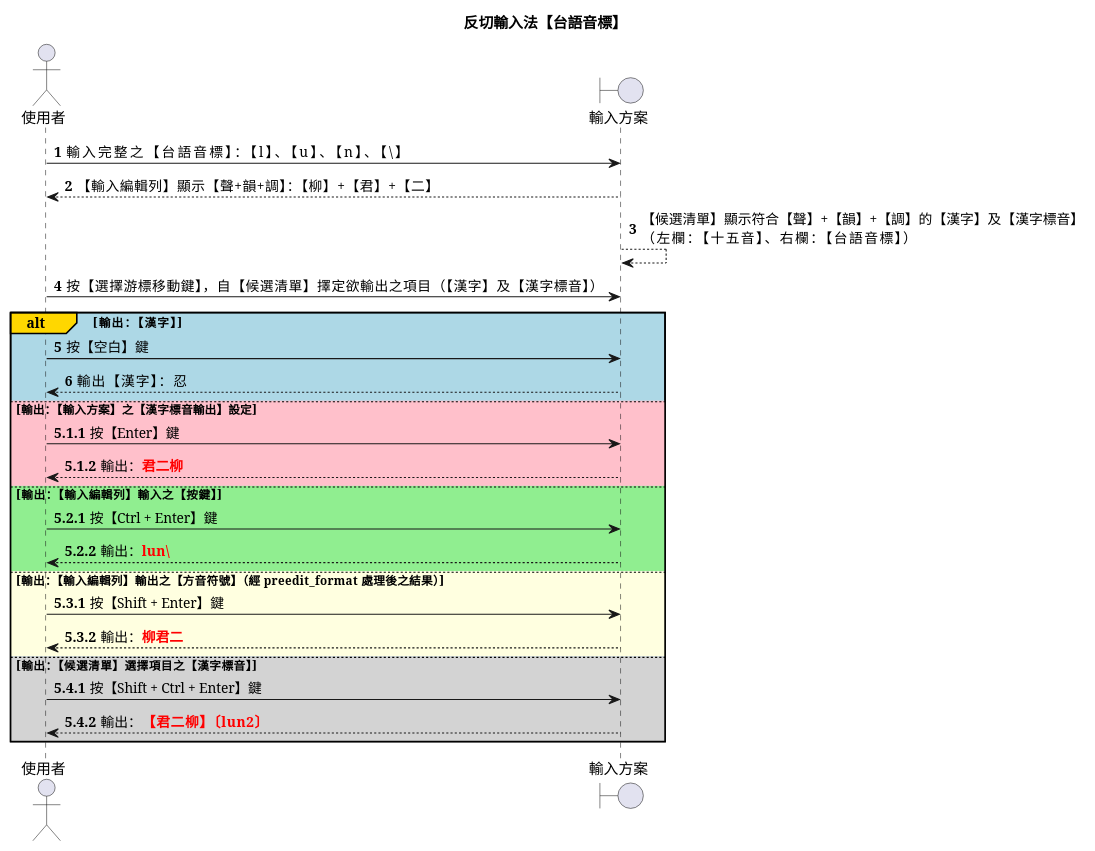
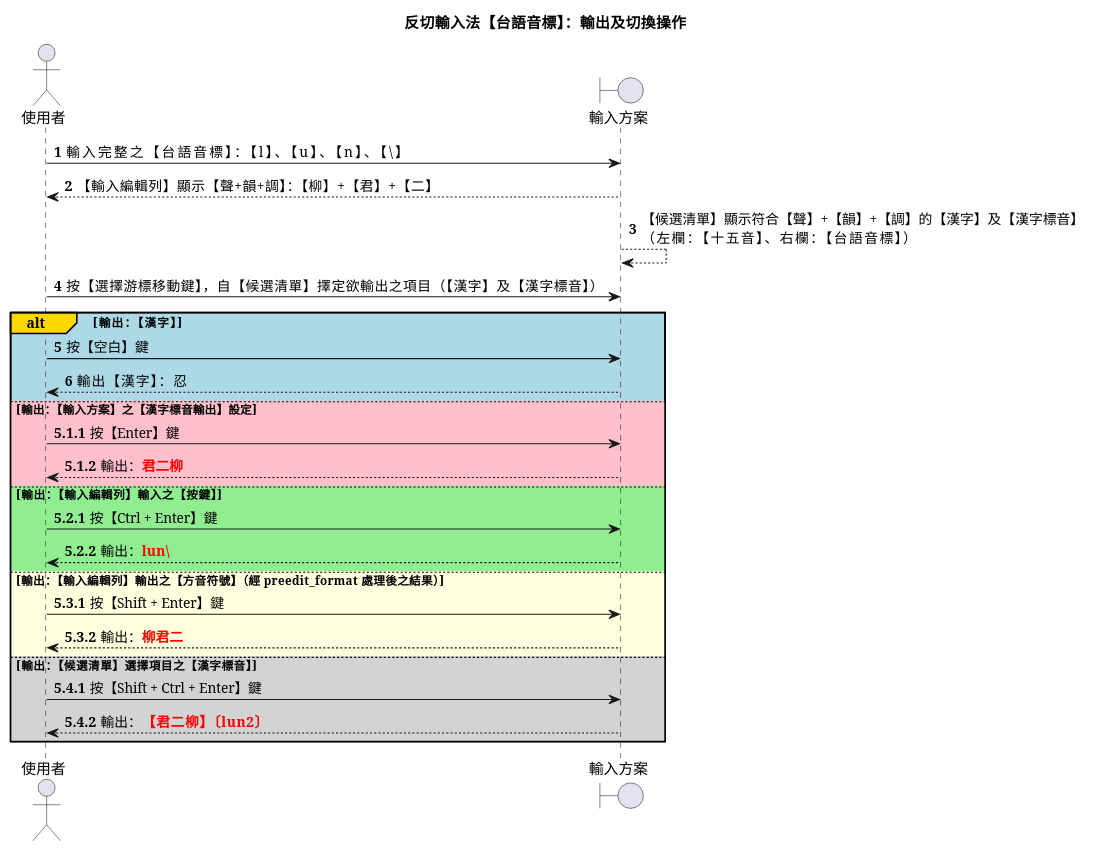
One commit to AlanJui/rime-tlpa changed diagram 11 of 13 in docs/310_反切輸入法【台語音標】設計規格.md. Above: the diagram before and after it, drawn with PlantUML. The commit also changed other lines of this file, not shown here.

Commit message:
310.md v0.1.6.5

````diff
--- a/docs/310_反切輸入法【台語音標】設計規格.md
+++ b/docs/310_反切輸入法【台語音標】設計規格.md
@@ -541,40 +541,40 @@
 ```plantuml
 @startuml
-title 反切輸入法【台語音標】
+title 反切輸入法【台語音標】：輸出及切換操作
 actor 使用者 as user
 boundary 輸入方案 as ime
 autonumber
 
 user -> ime : 輸入完整之【台語音標】：【l】、【u】、【n】、【\】
 ime --> user : 【輸入編輯列】顯示【聲+韻+調】：【柳】+【君】+【二】
 ime --> ime : 【候選清單】顯示符合【聲】+【韻】+【調】的【漢字】及【漢字標音】\n（左欄：【十五音】、右欄：【台語音標】）
 
 user -> ime : 按【選擇游標移動鍵】，自【候選清單】擇定欲輸出之項目（【漢字】及【漢字標音】）
 
 alt#Gold #LightBlue 輸出：【漢字】
     user -> ime : 按【空白】鍵
     ime --> user : 輸出【漢字】：忍
 
 autonumber 5.1.1
 else #Pink 輸出：【輸入方案】之【漢字標音輸出】設定
     user -> ime : 按【Enter】鍵
     ime --> user : 輸出：<font color=red><b>君二柳
 
 autonumber 5.2.1
 else #LightGreen 輸出：【輸入編輯列】輸入之【按鍵】
     user -> ime : 按【Ctrl + Enter】鍵
     ime --> user : 輸出：<font color=red><b>lun\\
 
 autonumber 5.3.1
 else #LightYellow 輸出：【輸入編輯列】輸出之【方音符號】（經 preedit_format 處理後之結果）
     user -> ime : 按【Shift + Enter】鍵
     ime --> user : 輸出：<font color=red><b>柳君二
 
 autonumber 5.4.1
 else #LightGrey 輸出：【候選清單】選擇項目之【漢字標音】
     user -> ime : 按【Shift + Ctrl + Enter】鍵
     ime --> user : 輸出：<font color=red><b>【君二柳】〔lun2〕
 end
 
 @enduml
 ```
````
